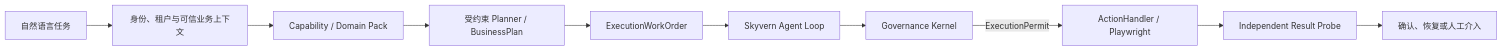
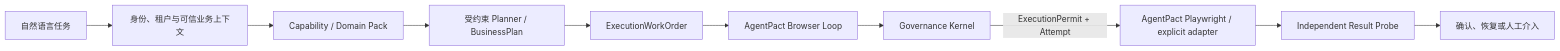
The diagram in README.md (meizhouyu666/agentpact), drawn with Mermaid before and after one commit. The commit also changed other lines of this file and 5 other files, not shown here.

````diff
--- a/README.md
+++ b/README.md
@@ -26,12 +35,12 @@
 ```mermaid
 flowchart LR
     U[自然语言任务] --> I[身份、租户与可信业务上下文]
     I --> C[Capability / Domain Pack]
     C --> P[受约束 Planner / BusinessPlan]
     P --> W[ExecutionWorkOrder]
-    W --> S[Skyvern Agent Loop]
+    W --> S[AgentPact Browser Loop]
     S --> G[Governance Kernel]
-    G -->|ExecutionPermit| A[ActionHandler / Playwright]
+    G -->|ExecutionPermit + Attempt| A[AgentPact Playwright / explicit adapter]
     A --> R[Independent Result Probe]
     R --> D[确认、恢复或人工介入]
 ```
````
